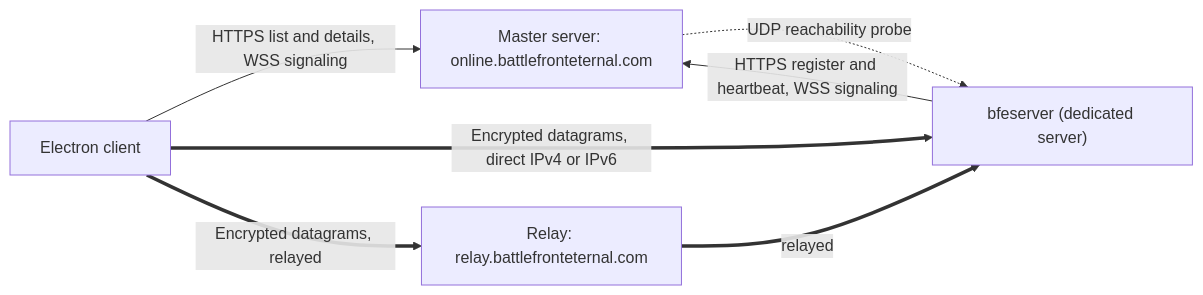
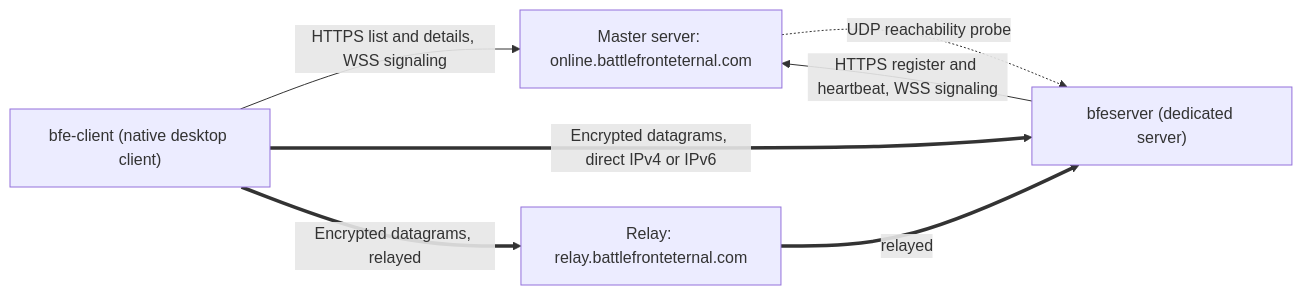
The diagram in MULTIPLAYER.md (centrevilletech/battlefront-eternal), drawn with Mermaid before and after one commit. The commit also changed other lines of this file and 1906 other files, not shown here.

````diff
--- a/MULTIPLAYER.md
+++ b/MULTIPLAYER.md
@@ -375,13 +372,13 @@
 ```mermaid
 flowchart LR
-  C["Electron client"]
+  C["bfe-client (native desktop client)"]
   S["bfeserver (dedicated server)"]
   M["Master server: online.battlefronteternal.com"]
   R["Relay: relay.battlefronteternal.com"]
   C -->|"HTTPS list and details, WSS signaling"| M
   S -->|"HTTPS register and heartbeat, WSS signaling"| M
   M -.->|"UDP reachability probe"| S
   C ==>|"Encrypted datagrams, direct IPv4 or IPv6"| S
   C ==>|"Encrypted datagrams, relayed"| R
   R ==>|"relayed"| S
 ```
````
